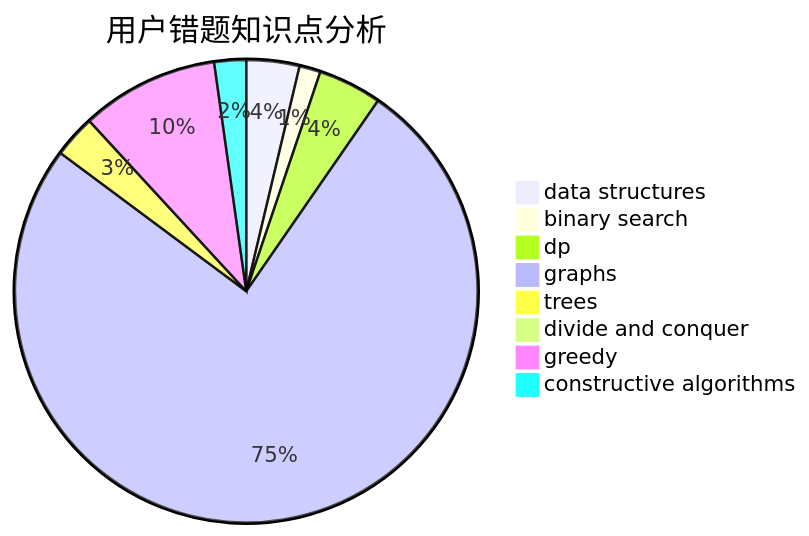
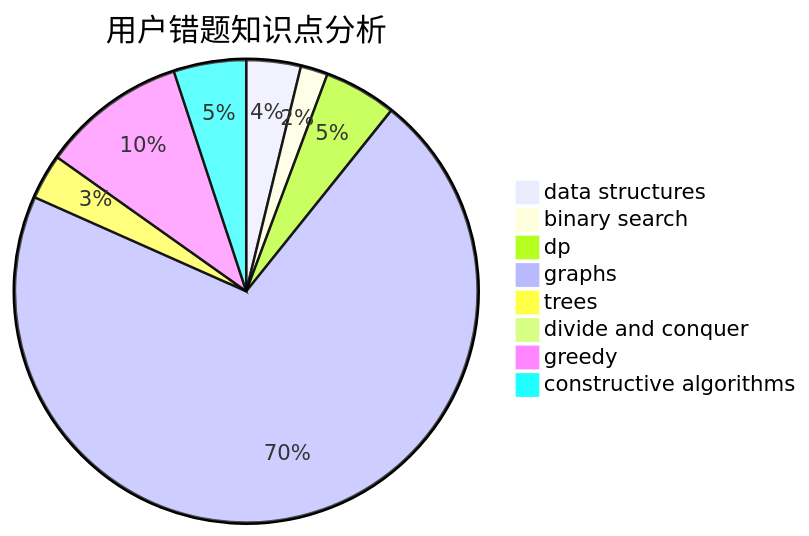
Before and after one commit to sherpahu/cfrs.github.io: the third of 3 diagrams in docs/user/u2076.md, drawn with Mermaid. The commit also changed other lines of this file and 2770 other files, not shown here.

````diff
--- a/docs/user/u2076.md
+++ b/docs/user/u2076.md
@@ -36,11 +36,11 @@
 ```mermaid
 pie title 用户错题知识点分析
-    "data structures" :  5
-    "binary search" :  2
-    "dp" :  6
-    "graphs" :  102
-    "trees" :  4
+    "data structures" :  6
+    "binary search" :  3
+    "dp" :  8
+    "graphs" :  112
+    "trees" :  5
     "divide and conquer" :  1
-    "greedy" :  13
-    "constructive algorithms" :  3
+    "greedy" :  16
+    "constructive algorithms" :  8
 ```
````
